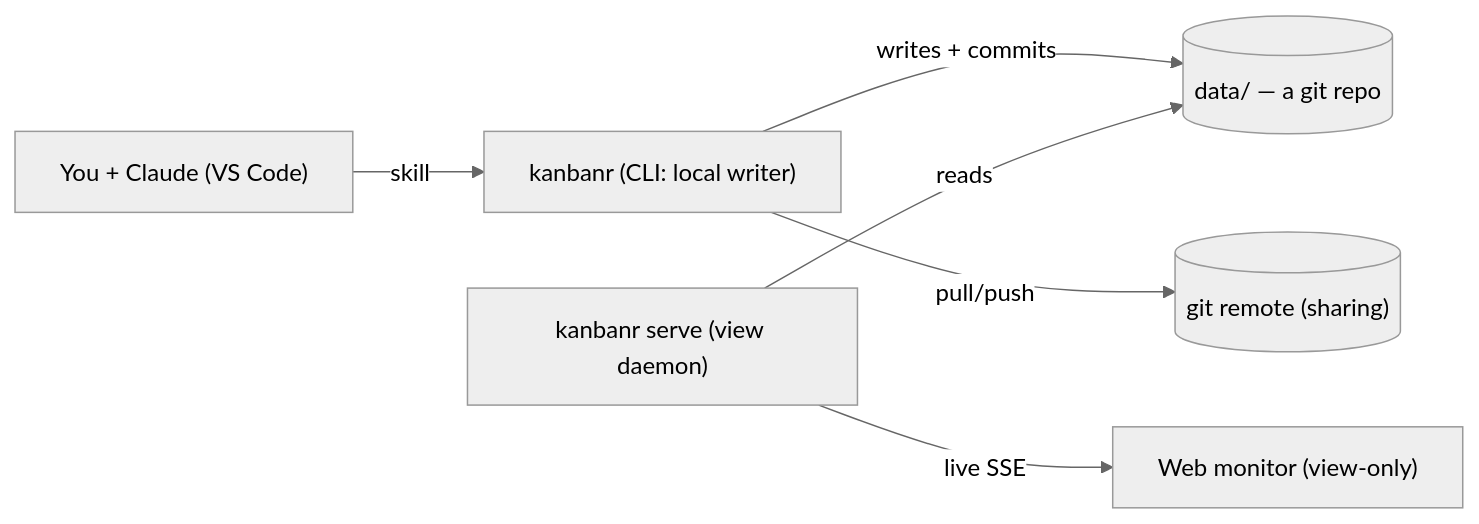
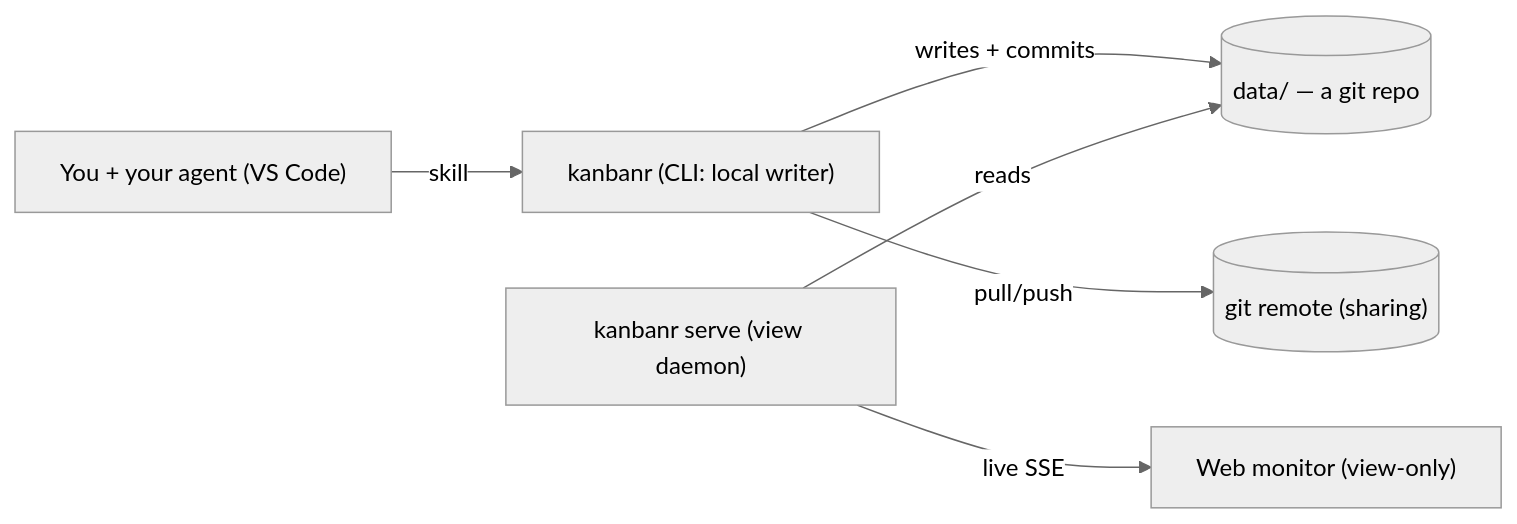
Before and after one commit to startr-trade/kanbanr: the diagram in docs/guide/getting-started/how-it-fits.md, drawn with Mermaid (neutral theme). The commit also changed other lines of this file and 28 other files, not shown here.

First line of the commit message:
docs: agent-neutral wording in the README, tagline homes, introduction and the using, getting-started, architecture, reference and project pages (MNT-019)

````diff
--- a/docs/guide/getting-started/how-it-fits.md
+++ b/docs/guide/getting-started/how-it-fits.md
@@ -5,8 +5,8 @@
 ```mermaid
 flowchart LR
-  You["You + Claude (VS Code)"] -->|skill| CLI["kanbanr (CLI: local writer)"]
+  You["You + your agent (VS Code)"] -->|skill| CLI["kanbanr (CLI: local writer)"]
   CLI -->|"writes + commits"| Data[("data/ — a git repo")]
   CLI -->|"pull/push"| Remote[("git remote (sharing)")]
   Serve["kanbanr serve (view daemon)"] -->|reads| Data
   Serve -->|live SSE| Monitor["Web monitor (view-only)"]
 ```
````
